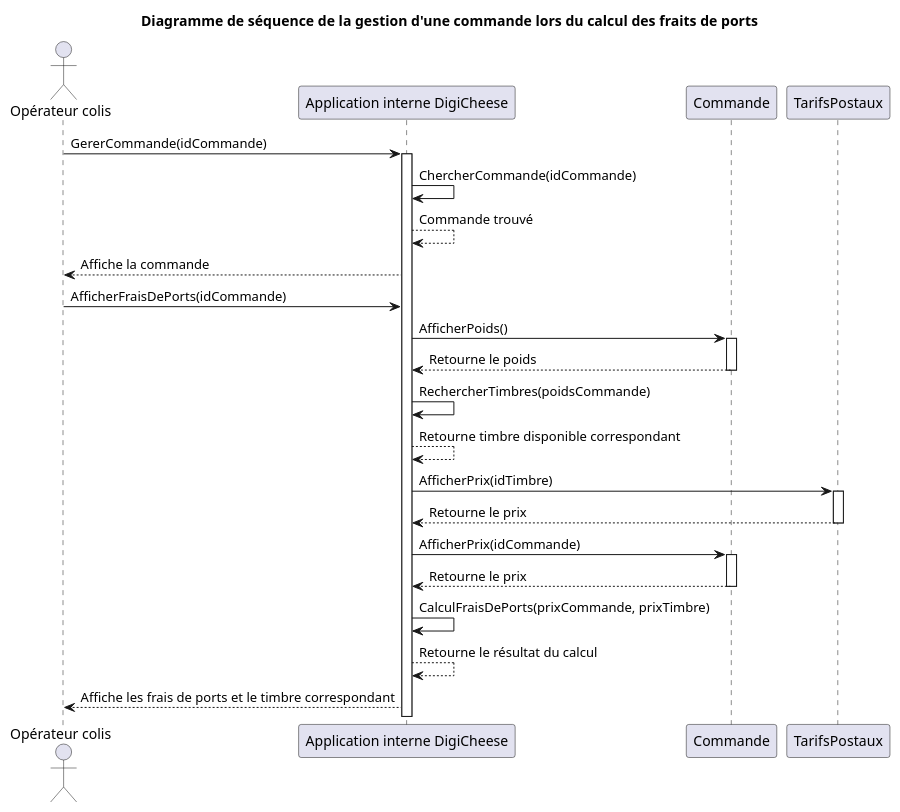
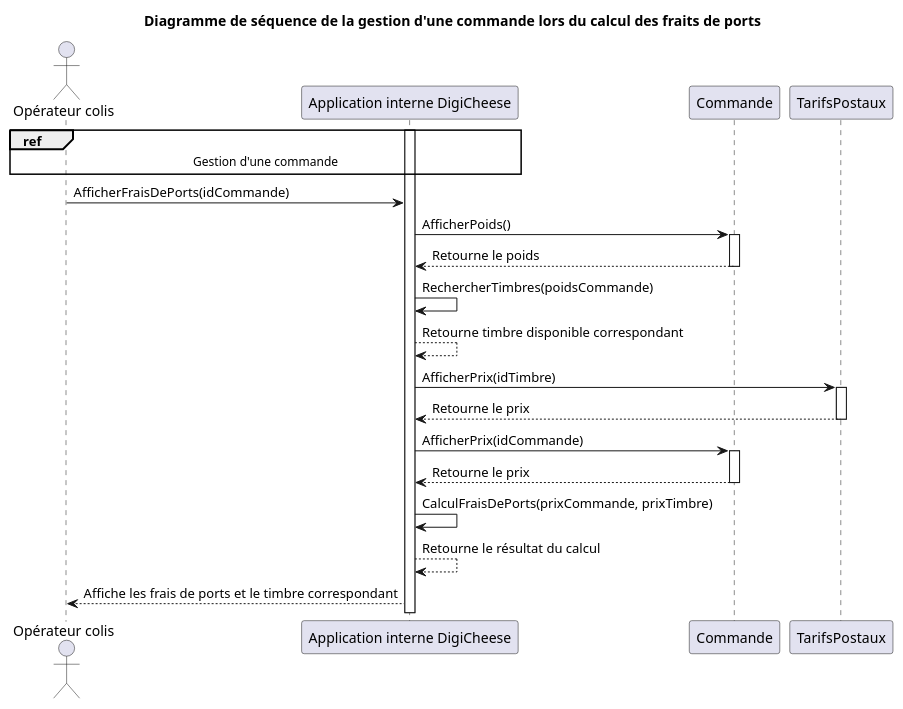
The diagram in Cas_séquence/DS_Calcul_Frais_De_Ports.puml (Bluwen/Conception_d_une_application_informatique), drawn with PlantUML before and after one commit. The commit also changed 7 other files, not shown here.

Commit message:
Ajout de diagramme et modification de certains

```diff
--- a/Cas_séquence/DS_Calcul_Frais_De_Ports.puml
+++ b/Cas_séquence/DS_Calcul_Frais_De_Ports.puml
@@ -1,37 +1,41 @@
-@startuml Diaagramme de séquence du calcul des frais de ports
+@startuml Diagramme de séquence du calcul des frais de ports
 
 actor "Opérateur colis"
 
-"Opérateur colis" -> "Application interne DigiCheese" : GererCommande(idCommande)
+'"Opérateur colis" -> "Application interne DigiCheese" : GererCommande(idCommande)
+'activate "Application interne DigiCheese"
+'"Application interne DigiCheese" -> "Application interne DigiCheese" : ChercherCommande(idCommande)
+'"Application interne DigiCheese" --> "Application interne DigiCheese" : Commande trouvé
+'"Application interne DigiCheese" --> "Opérateur colis" : Affiche la commande
+ref over "Opérateur colis", "Application interne DigiCheese": Gestion d'une commande
 activate "Application interne DigiCheese"
-"Application interne DigiCheese" -> "Application interne DigiCheese" : ChercherCommande(idCommande)
-"Application interne DigiCheese" --> "Application interne DigiCheese" : Commande trouvé
-"Application interne DigiCheese" --> "Opérateur colis" : Affiche la commande
+
+
 
 "Opérateur colis" -> "Application interne DigiCheese" : AfficherFraisDePorts(idCommande)
 
 "Application interne DigiCheese" -> Commande : AfficherPoids()
 activate Commande
 Commande --> "Application interne DigiCheese" : Retourne le poids
 deactivate Commande
 
 "Application interne DigiCheese" -> "Application interne DigiCheese" : RechercherTimbres(poidsCommande)
 "Application interne DigiCheese" --> "Application interne DigiCheese" : Retourne timbre disponible correspondant
 
 "Application interne DigiCheese" -> TarifsPostaux : AfficherPrix(idTimbre)
 activate TarifsPostaux
 TarifsPostaux --> "Application interne DigiCheese" : Retourne le prix
 deactivate TarifsPostaux
 
 "Application interne DigiCheese" -> Commande : AfficherPrix(idCommande)
 activate Commande
 Commande --> "Application interne DigiCheese" : Retourne le prix
 deactivate Commande
 
 "Application interne DigiCheese" -> "Application interne DigiCheese" : CalculFraisDePorts(prixCommande, prixTimbre)
 "Application interne DigiCheese" --> "Application interne DigiCheese" : Retourne le résultat du calcul
 
 "Application interne DigiCheese" --> "Opérateur colis" : Affiche les frais de ports et le timbre correspondant
 
 title Diagramme de séquence de la gestion d'une commande lors du calcul des fraits de ports
 @enduml
```
